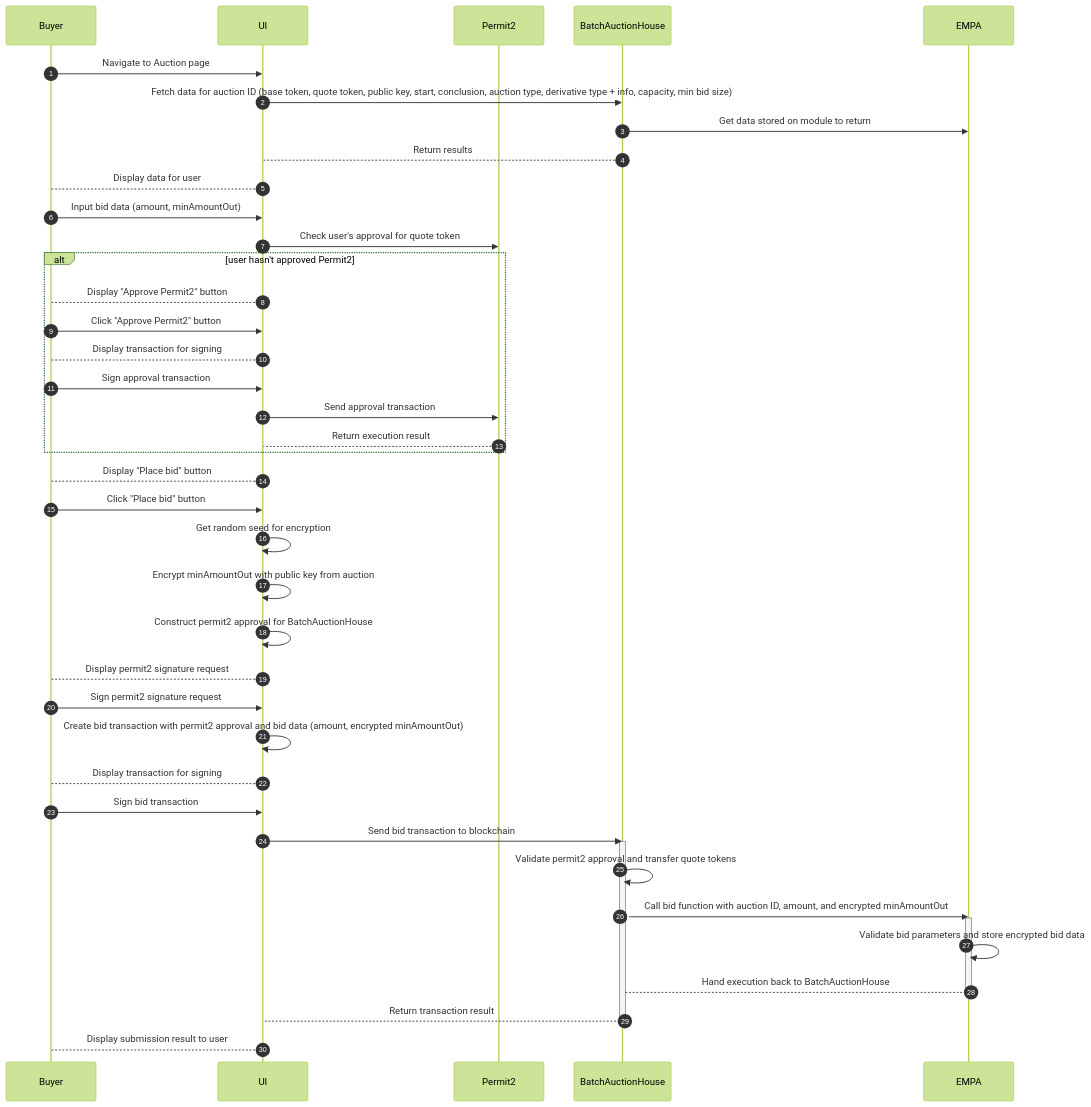
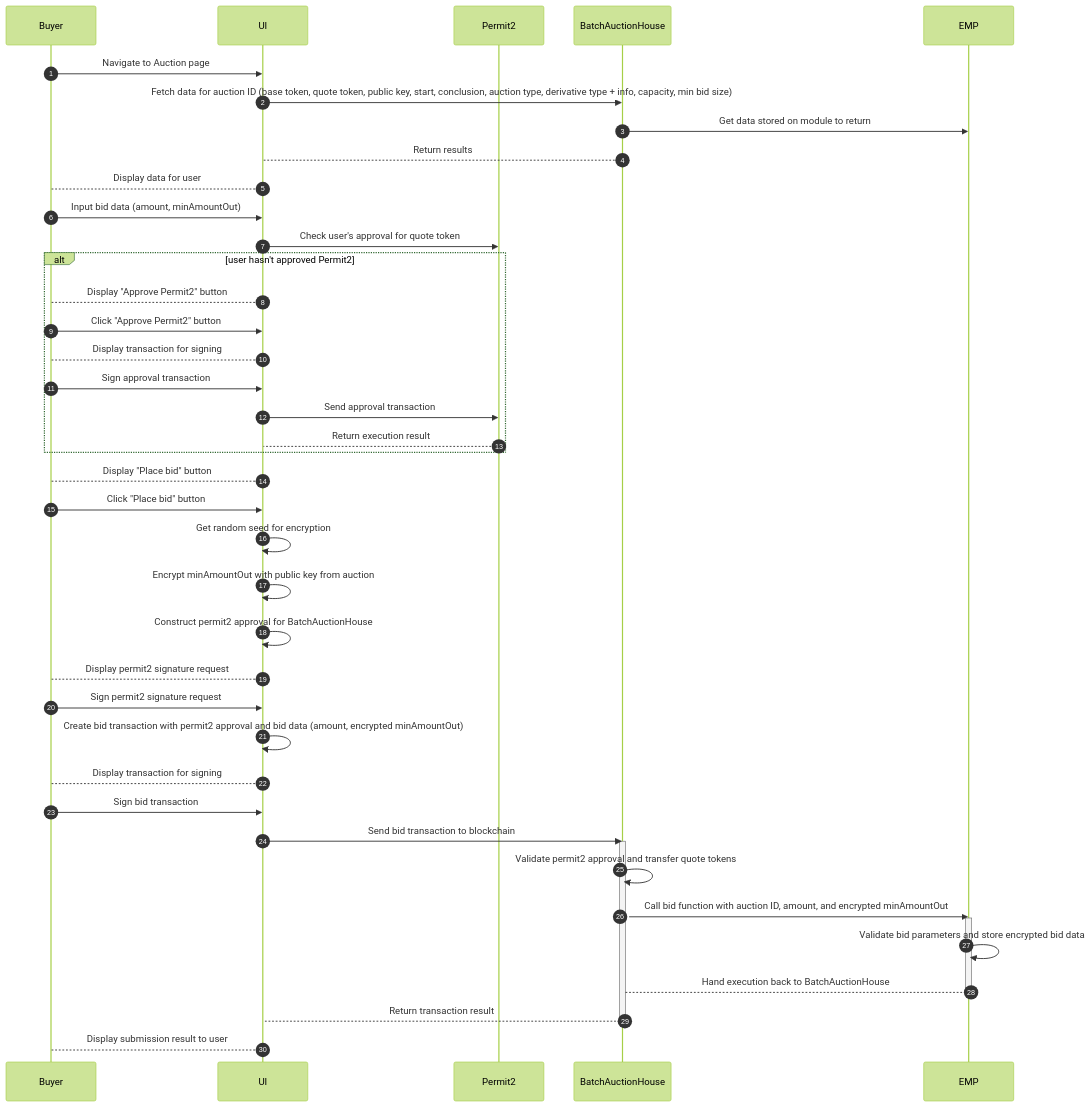
Before and after one commit to Axis-Fi/axis-core: the second of 9 diagrams in design/EMPA.md, drawn with Mermaid (forest theme). The commit also changed other lines of this file and 1 other file, not shown here.

````diff
--- a/design/EMPA.md
+++ b/design/EMPA.md
@@ -130,46 +136,46 @@
 ```mermaid
 sequenceDiagram
   autoNumber
   participant Buyer
   participant UI
   participant Permit2
   participant BatchAuctionHouse
-  participant EMPA
+  participant EMP
 
   Buyer->>UI: Navigate to Auction page
   UI->>BatchAuctionHouse: Fetch data for auction ID (base token, quote token, public key, start, conclusion, auction type, derivative type + info, capacity, min bid size)
-  BatchAuctionHouse->>EMPA: Get data stored on module to return
+  BatchAuctionHouse->>EMP: Get data stored on module to return
   BatchAuctionHouse-->UI: Return results
   UI-->Buyer: Display data for user
   Buyer->>UI: Input bid data (amount, minAmountOut)
   UI->>Permit2: Check user's approval for quote token
   alt user hasn't approved Permit2
     UI-->Buyer: Display "Approve Permit2" button
     Buyer->>UI: Click "Approve Permit2" button
     UI-->Buyer: Display transaction for signing
     Buyer->>UI: Sign approval transaction
     UI->>Permit2: Send approval transaction
     Permit2-->UI: Return execution result
   end
   UI-->Buyer: Display "Place bid" button
   Buyer->>UI: Click "Place bid" button
   UI->>UI: Get random seed for encryption
   UI->>UI: Encrypt minAmountOut with public key from auction
   UI->>UI: Construct permit2 approval for BatchAuctionHouse
   UI-->Buyer: Display permit2 signature request
   Buyer->>UI: Sign permit2 signature request
   UI->>UI: Create bid transaction with permit2 approval and bid data (amount, encrypted minAmountOut)
   UI-->Buyer: Display transaction for signing
   Buyer->>UI: Sign bid transaction
   UI->>BatchAuctionHouse: Send bid transaction to blockchain
   activate BatchAuctionHouse
     BatchAuctionHouse->>BatchAuctionHouse: Validate permit2 approval and transfer quote tokens
-    BatchAuctionHouse->>EMPA: Call bid function with auction ID, amount, and encrypted minAmountOut
-    activate EMPA
-        EMPA->>EMPA: Validate bid parameters and store encrypted bid data
-        EMPA-->BatchAuctionHouse: Hand execution back to BatchAuctionHouse
-    deactivate EMPA
+    BatchAuctionHouse->>EMP: Call bid function with auction ID, amount, and encrypted minAmountOut
+    activate EMP
+        EMP->>EMP: Validate bid parameters and store encrypted bid data
+        EMP-->BatchAuctionHouse: Hand execution back to BatchAuctionHouse
+    deactivate EMP
     BatchAuctionHouse-->UI: Return transaction result
   deactivate BatchAuctionHouse
   UI-->Buyer: Display submission result to user
 ```
````
